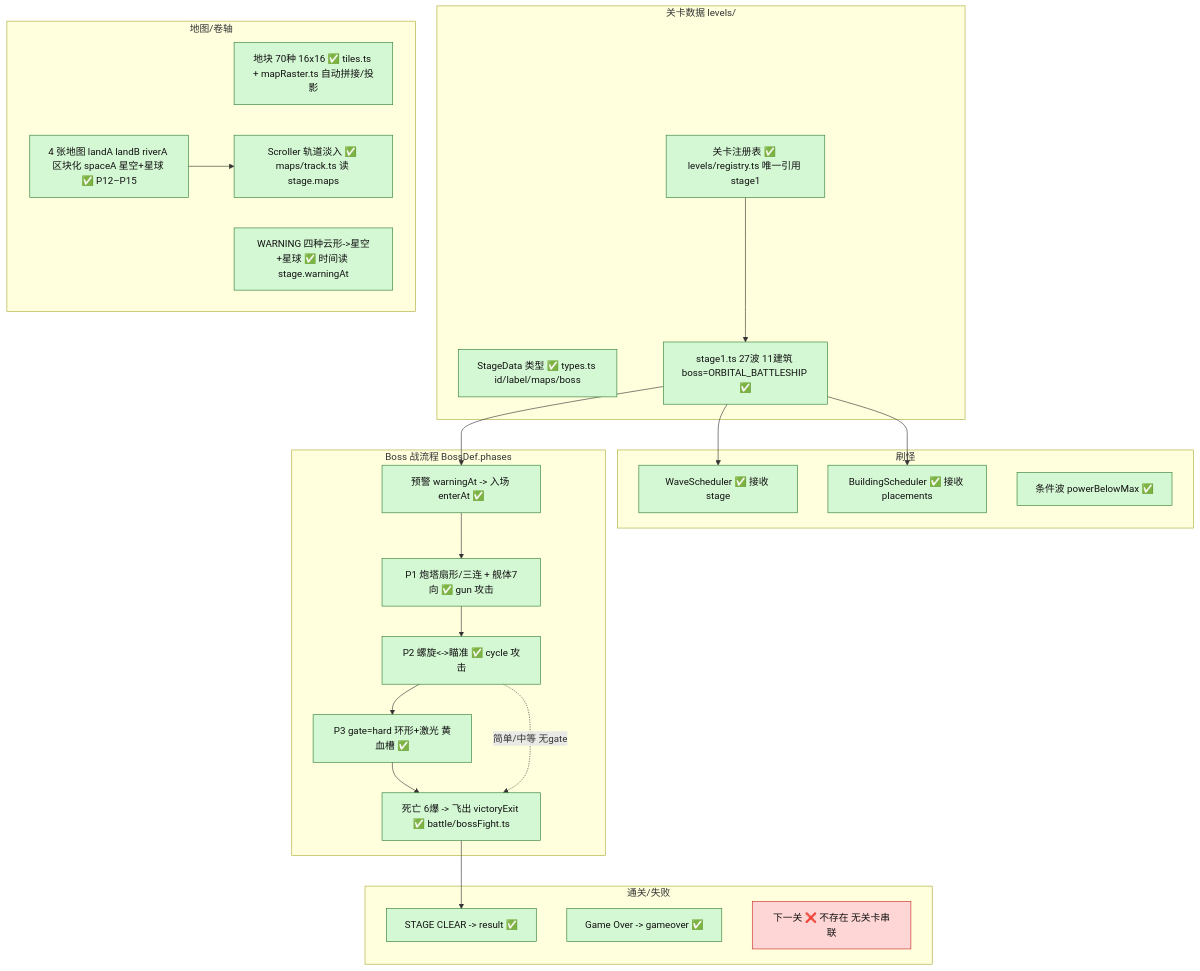
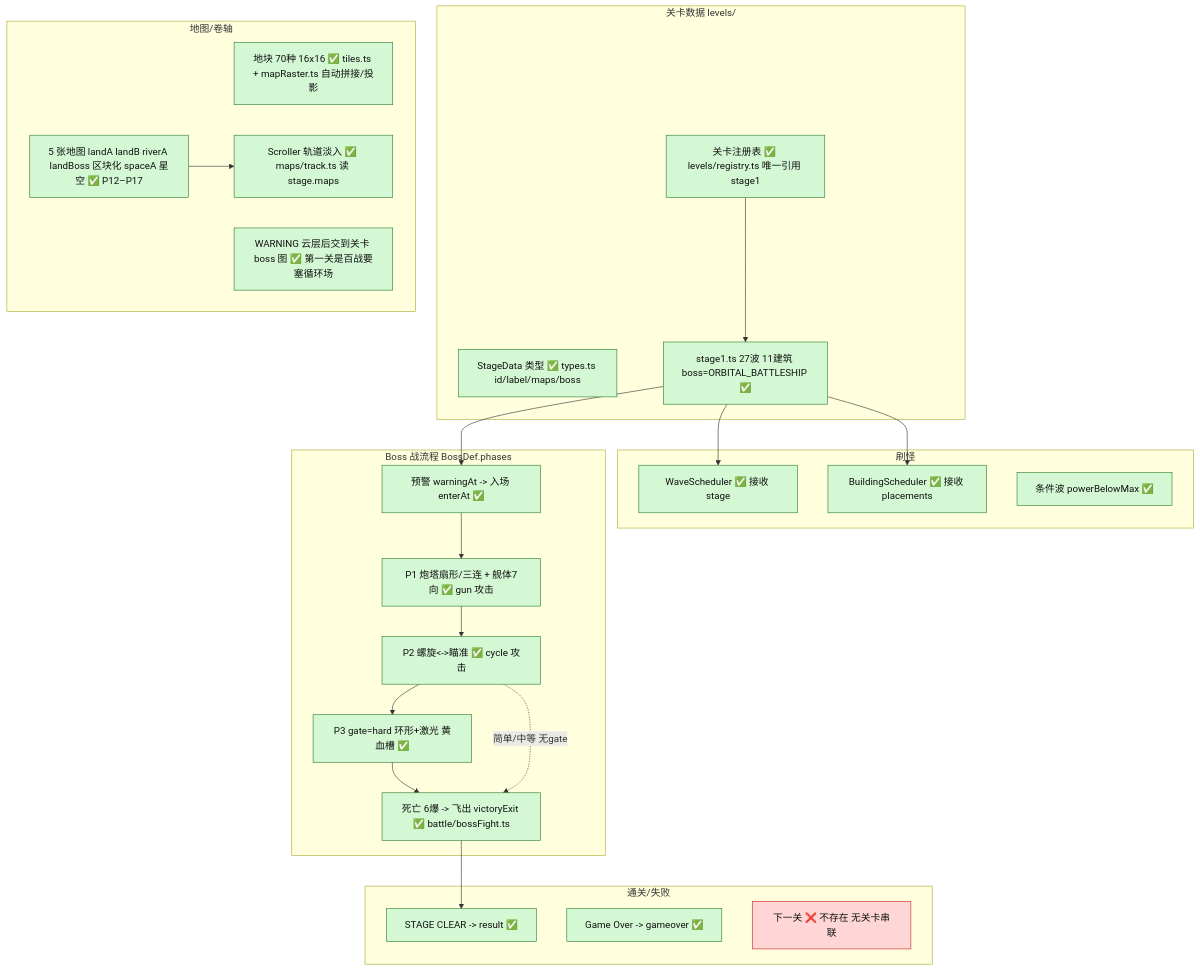
The fourth of 5 diagrams in docs/电雷_架构图_P11.md (thedb/dianlei), drawn with Mermaid before and after one commit. The commit also changed other lines of this file and 24 other files, not shown here.

````diff
--- a/docs/电雷_架构图_P11.md
+++ b/docs/电雷_架构图_P11.md
@@ -241,47 +241,47 @@
 ```mermaid
 flowchart TD
   classDef done fill:#d4f7d4,stroke:#2e7d32,color:#111
   classDef partial fill:#fff3c4,stroke:#c79100,color:#111
   classDef hard fill:#ffd6d6,stroke:#c62828,color:#111
 
   subgraph DATA["关卡数据 levels/"]
     SD["StageData 类型 ✅ types.ts id/label/maps/boss"]:::done
     S1["stage1.ts 27波 11建筑 boss=ORBITAL_BATTLESHIP ✅"]:::done
     REGS["关卡注册表 ✅ levels/registry.ts 唯一引用 stage1"]:::done
   end
 
   subgraph MAP["地图/卷轴"]
     T1["地块 70种 16x16 ✅ tiles.ts + mapRaster.ts 自动拼接/投影"]:::done
-    T2["4 张地图 landA landB riverA 区块化 spaceA 星空+星球 ✅ P12–P15"]:::done
+    T2["5 张地图 landA landB riverA landBoss 区块化 spaceA 星空 ✅ P12–P17"]:::done
     T3["Scroller 轨道淡入 ✅ maps/track.ts 读 stage.maps"]:::done
-    T4["WARNING 四种云形->星空+星球 ✅ 时间读 stage.warningAt"]:::done
+    T4["WARNING 云层后交到关卡 boss 图 ✅ 第一关是百战要塞循环场"]:::done
   end
 
   subgraph SPAWN["刷怪"]
     W1["WaveScheduler ✅ 接收 stage"]:::done
     W2["BuildingScheduler ✅ 接收 placements"]:::done
     W3["条件波 powerBelowMax ✅"]:::done
   end
 
   subgraph BF["Boss 战流程 BossDef.phases"]
     BF1["预警 warningAt -> 入场 enterAt ✅"]:::done
     BF2["P1 炮塔扇形/三连 + 舰体7向 ✅ gun 攻击"]:::done
     BF3["P2 螺旋<->瞄准 ✅ cycle 攻击"]:::done
     BF4["P3 gate=hard 环形+激光 黄血槽 ✅"]:::done
     BF5["死亡 6爆 -> 飞出 victoryExit ✅ battle/bossFight.ts"]:::done
   end
 
   subgraph END["通关/失败"]
     R1["STAGE CLEAR -> result ✅"]:::done
     R2["Game Over -> gameover ✅"]:::done
     R3["下一关 ❌ 不存在 无关卡串联"]:::hard
   end
 
   REGS --> S1
   S1 --> W1
   S1 --> W2
   S1 --> BF1
   T2 --> T3
   BF1 --> BF2 --> BF3 --> BF4 --> BF5 --> R1
   BF3 -.简单/中等 无gate.-> BF5
 ```
````
